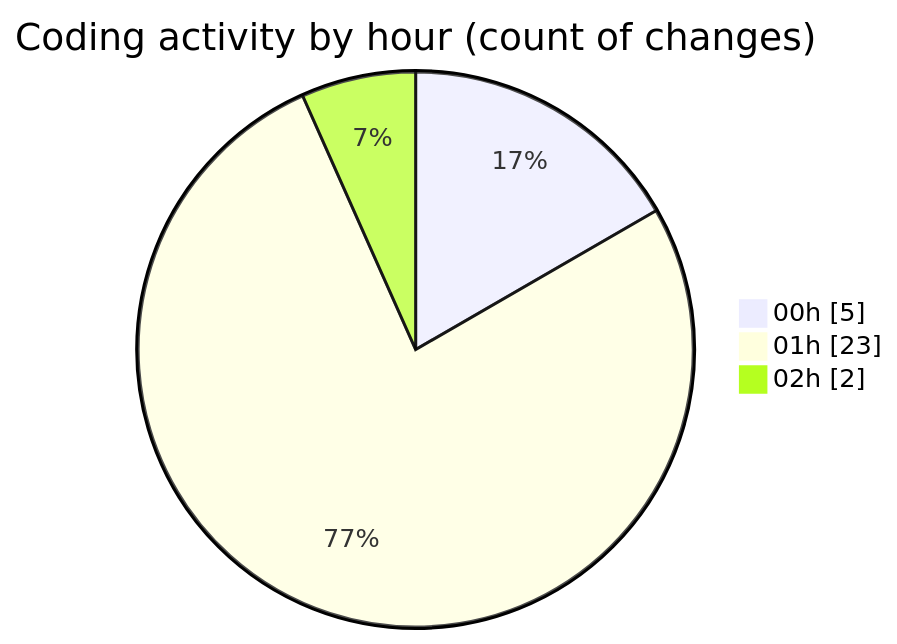
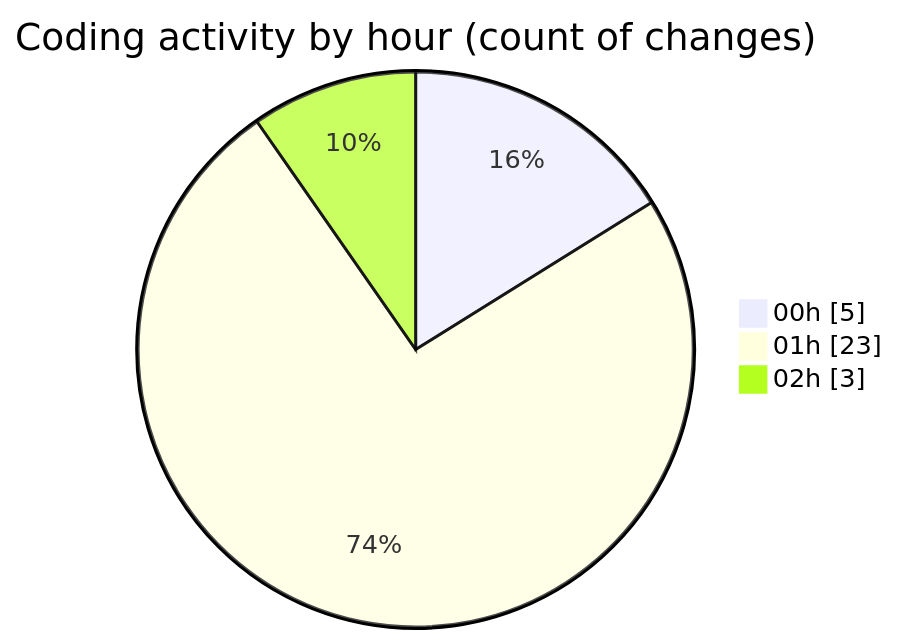
Before and after one commit to julien-gomy/code-tracking: the second of 2 diagrams in 2025-11-06/usr_aleoudev_fr__workspace_/README.md, drawn with Mermaid. The commit also changed other lines of this file and 1 other file, not shown here.

````diff
--- a/2025-11-06/usr_aleoudev_fr__workspace_/README.md
+++ b/2025-11-06/usr_aleoudev_fr__workspace_/README.md
@@ -33,7 +33,7 @@
 ```mermaid
 pie showData
 title Coding activity by hour (count of changes)
 "00h" : 5
 "01h" : 23
-"02h" : 2
+"02h" : 3
 ```
````
